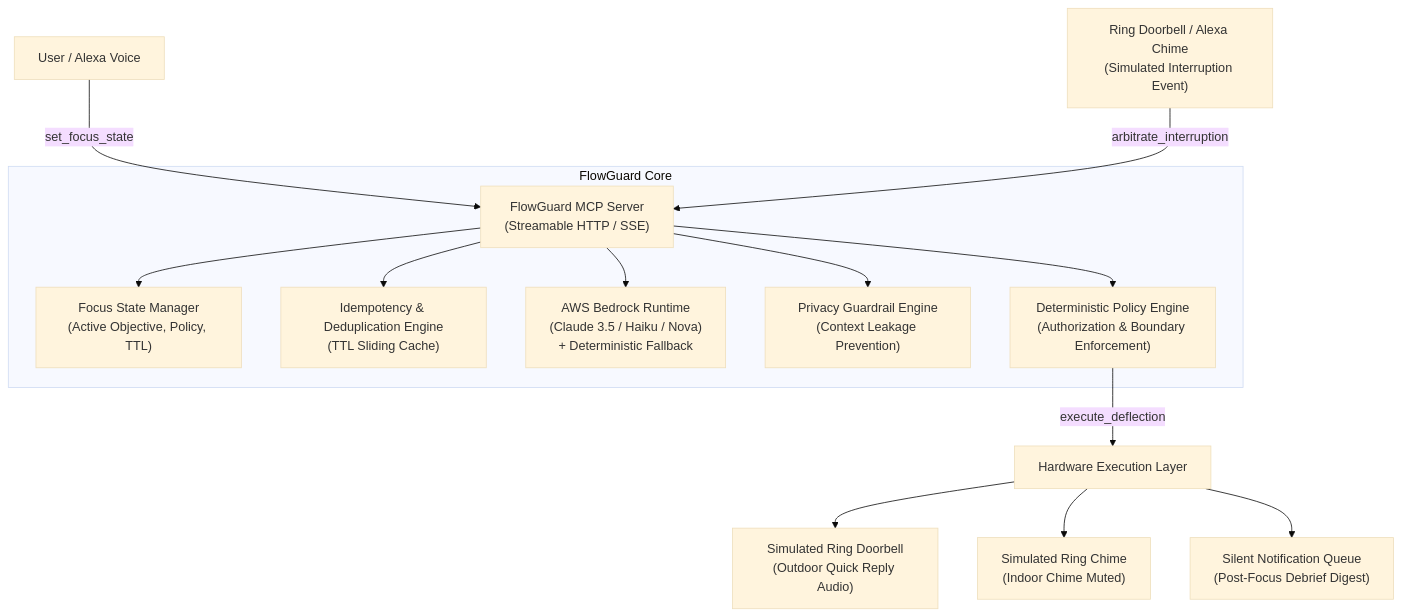
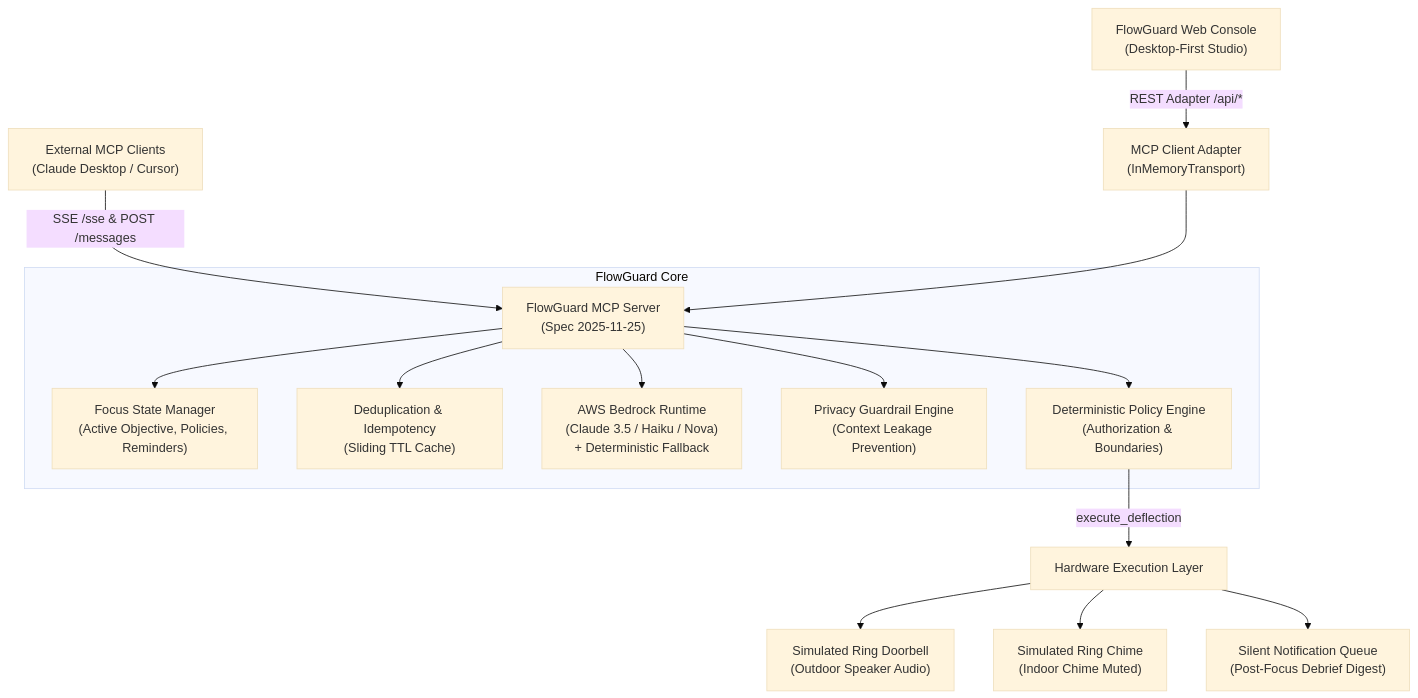
The diagram in README.md (Yashvardhan-4/FlowGuard), drawn with Mermaid (base theme) before and after one commit. The commit also changed other lines of this file and 19 other files, not shown here.

Commit message:
feat(ui): complete FlowGuard interactive desktop command center and API adapter

````diff
--- a/README.md
+++ b/README.md
@@ -9,18 +10,19 @@
 ```mermaid
 flowchart TD
-    User["User / Alexa Voice"] -->|set_focus_state| MCP["FlowGuard MCP Server\n(Streamable HTTP / SSE)"]
-    RingEvent["Ring Doorbell / Alexa Chime\n(Simulated Interruption Event)"] -->|arbitrate_interruption| MCP
+    UserUI["FlowGuard Web Console\n(Desktop-First Studio)"] -->|REST Adapter /api/*| Adapter["MCP Client Adapter\n(InMemoryTransport)"]
+    ExternalMCP["External MCP Clients\n(Claude Desktop / Cursor)"] -->|SSE /sse & POST /messages| Server["FlowGuard MCP Server\n(Spec 2025-11-25)"]
+    Adapter --> Server
 
     subgraph FlowGuard Core
-        MCP --> State["Focus State Manager\n(Active Objective, Policy, TTL)"]
-        MCP --> Dedup["Idempotency & Deduplication Engine\n(TTL Sliding Cache)"]
-        MCP --> Bedrock["AWS Bedrock Runtime\n(Claude 3.5 / Haiku / Nova)\n+ Deterministic Fallback"]
-        MCP --> Privacy["Privacy Guardrail Engine\n(Context Leakage Prevention)"]
-        MCP --> Policy["Deterministic Policy Engine\n(Authorization & Boundary Enforcement)"]
+        Server --> State["Focus State Manager\n(Active Objective, Policies, Reminders)"]
+        Server --> Dedup["Deduplication & Idempotency\n(Sliding TTL Cache)"]
+        Server --> Bedrock["AWS Bedrock Runtime\n(Claude 3.5 / Haiku / Nova)\n+ Deterministic Fallback"]
+        Server --> Privacy["Privacy Guardrail Engine\n(Context Leakage Prevention)"]
+        Server --> Policy["Deterministic Policy Engine\n(Authorization & Boundaries)"]
     end
 
     Policy -->|execute_deflection| Hardware["Hardware Execution Layer"]
-    Hardware --> Ring["Simulated Ring Doorbell\n(Outdoor Quick Reply Audio)"]
-    Hardware --> Chime["Simulated Ring Chime\n(Indoor Chime Muted)"]
-    Hardware --> Queue["Silent Notification Queue\n(Post-Focus Debrief Digest)"]
+    Hardware --> RingSpeaker["Simulated Ring Doorbell\n(Outdoor Speaker Audio)"]
+    Hardware --> RingChime["Simulated Ring Chime\n(Indoor Chime Muted)"]
+    Hardware --> SilentDigest["Silent Notification Queue\n(Post-Focus Debrief Digest)"]
 ```
````
